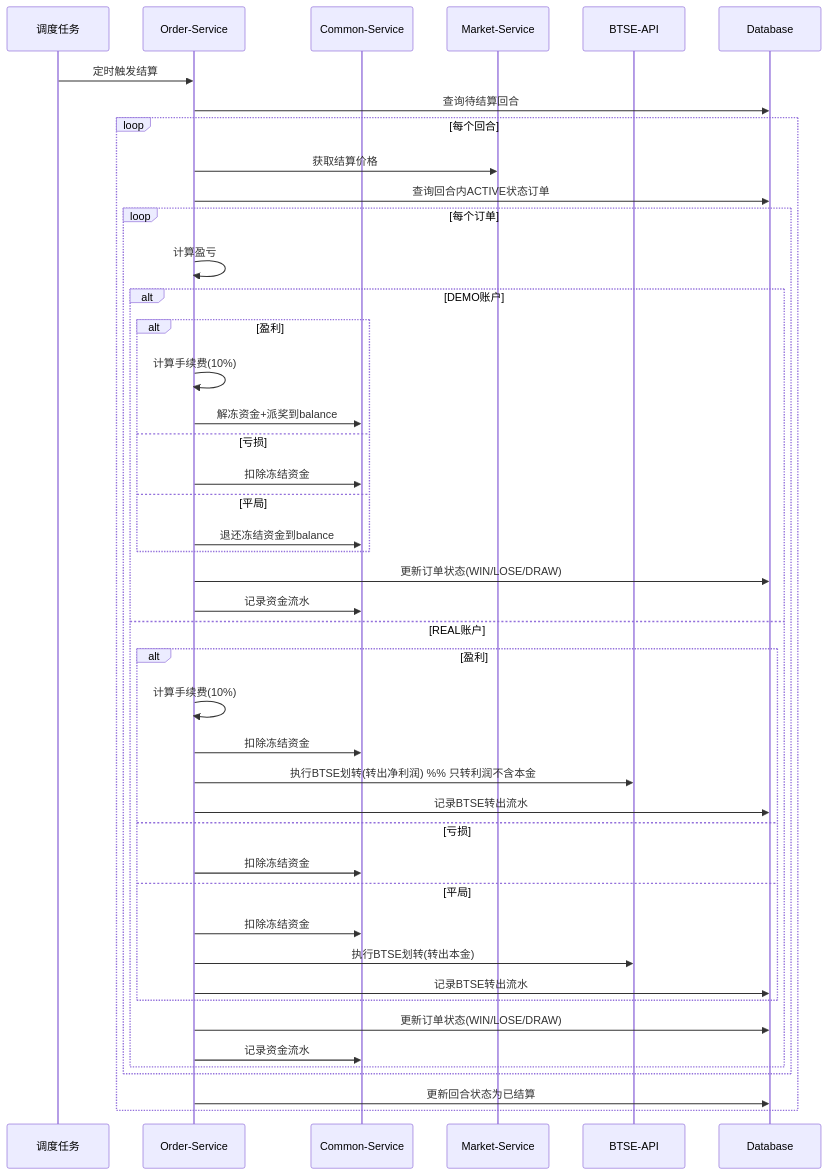
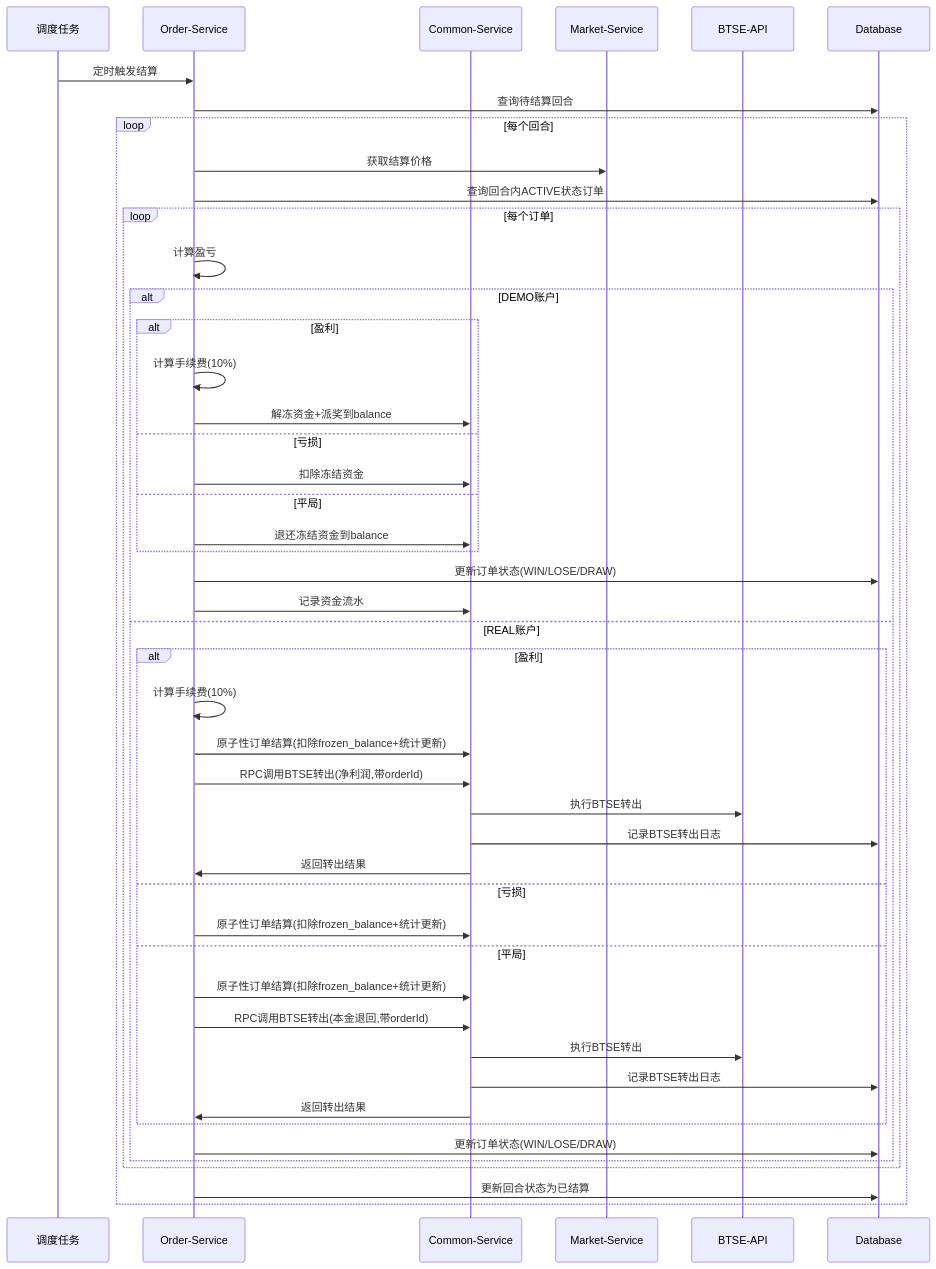
Before and after one commit to barry428/BinaryOptionDocs: the third of 9 diagrams in 2. 设计类/207_05_业务流程设计.md, drawn with Mermaid. The commit also changed other lines of this file and 3 other files, not shown here.

````diff
--- a/2. 设计类/207_05_业务流程设计.md
+++ b/2. 设计类/207_05_业务流程设计.md
@@ -183,47 +229,50 @@
 ```mermaid
 sequenceDiagram
     participant S as 调度任务
     participant O as Order-Service
     participant C as Common-Service
     participant M as Market-Service
     participant B as BTSE-API
     participant DB as Database
 
     S->>O: 定时触发结算
     O->>DB: 查询待结算回合
     loop 每个回合
         O->>M: 获取结算价格
         O->>DB: 查询回合内ACTIVE状态订单
         loop 每个订单
             O->>O: 计算盈亏
             alt DEMO账户
                 alt 盈利
                     O->>O: 计算手续费(10%)
                     O->>C: 解冻资金+派奖到balance
                 else 亏损
                     O->>C: 扣除冻结资金
                 else 平局
                     O->>C: 退还冻结资金到balance
                 end
                 O->>DB: 更新订单状态(WIN/LOSE/DRAW)
                 O->>C: 记录资金流水
             else REAL账户
                 alt 盈利
                     O->>O: 计算手续费(10%)
-                    O->>C: 扣除冻结资金
-                    O->>B: 执行BTSE划转(转出净利润)  %% 只转利润不含本金
-                    O->>DB: 记录BTSE转出流水
+                    O->>C: 原子性订单结算(扣除frozen_balance+统计更新)
+                    O->>C: RPC调用BTSE转出(净利润,带orderId)
+                    C->>B: 执行BTSE转出
+                    C->>DB: 记录BTSE转出日志
+                    C->>O: 返回转出结果
                 else 亏损
-                    O->>C: 扣除冻结资金
+                    O->>C: 原子性订单结算(扣除frozen_balance+统计更新)
                 else 平局
-                    O->>C: 扣除冻结资金
-                    O->>B: 执行BTSE划转(转出本金)
-                    O->>DB: 记录BTSE转出流水
+                    O->>C: 原子性订单结算(扣除frozen_balance+统计更新)
+                    O->>C: RPC调用BTSE转出(本金退回,带orderId)
+                    C->>B: 执行BTSE转出
+                    C->>DB: 记录BTSE转出日志
+                    C->>O: 返回转出结果
                 end
                 O->>DB: 更新订单状态(WIN/LOSE/DRAW)
-                O->>C: 记录资金流水
             end
         end
         O->>DB: 更新回合状态为已结算
     end
 ```
````
